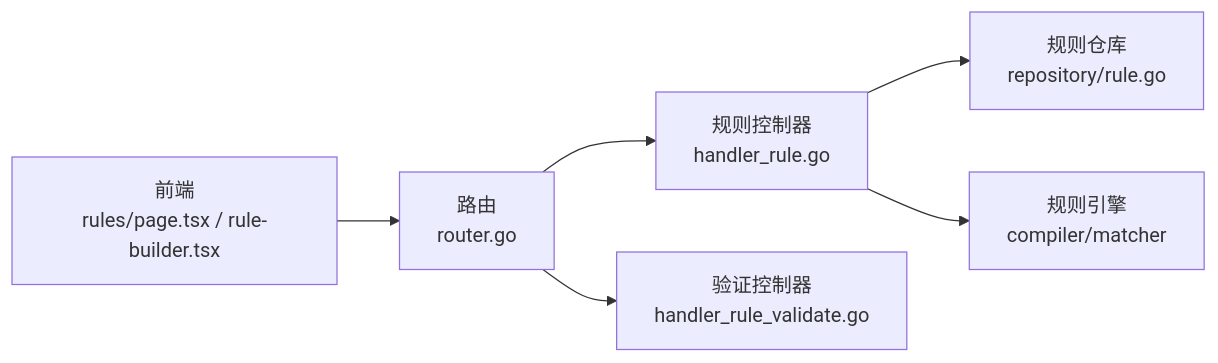
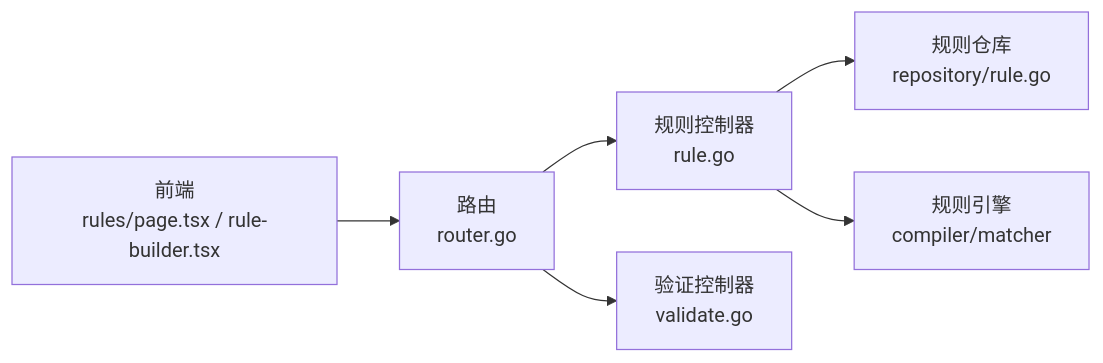
The ninth of 9 diagrams in docs/管理 API 系统/规则管理 API/规则导入导出.md (x01n/My-OpenWaf), drawn with Mermaid before and after one commit. The commit also changed other lines of this file and 199 other files, not shown here.

````diff
--- a/docs/管理 API 系统/规则管理 API/规则导入导出.md
+++ b/docs/管理 API 系统/规则管理 API/规则导入导出.md
@@ -366,8 +367,8 @@
 ```mermaid
 graph LR
-Router["路由<br/>router.go"] --> HandlerRule["规则控制器<br/>handler_rule.go"]
-Router --> HandlerValidate["验证控制器<br/>handler_rule_validate.go"]
+Router["路由<br/>router.go"] --> HandlerRule["规则控制器<br/>rule.go"]
+Router --> HandlerValidate["验证控制器<br/>validate.go"]
 HandlerRule --> Repo["规则仓库<br/>repository/rule.go"]
 HandlerRule --> Engine["规则引擎<br/>compiler/matcher"]
 FE["前端<br/>rules/page.tsx / rule-builder.tsx"] --> Router
 ```
````
